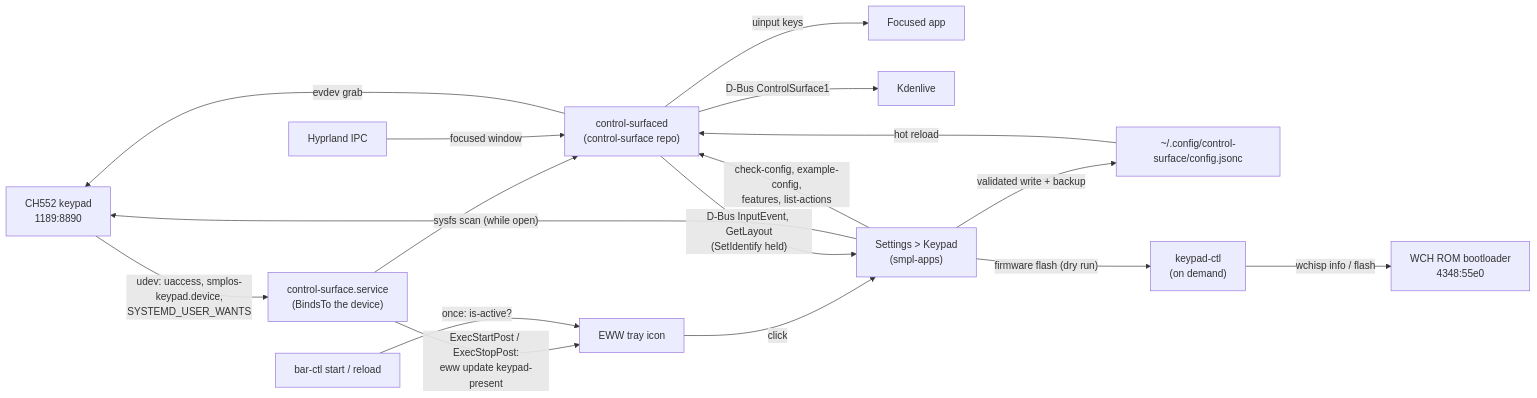
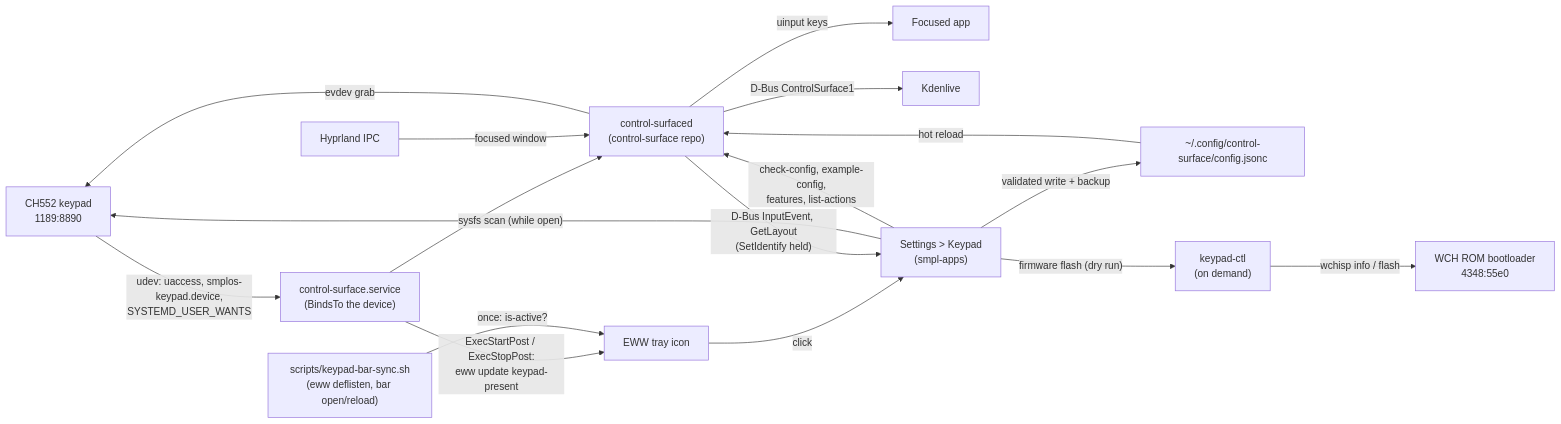
One commit to smpl-os/smplos changed the first of 2 diagrams in KEYPAD.md. Above: the diagram before and after it, drawn with Mermaid. The commit also changed other lines of this file and 11 other files, not shown here.

First line of the commit message:
feat(keypad): one registry of supported keypads; one-shot bar sync

````diff
--- a/KEYPAD.md
+++ b/KEYPAD.md
@@ -53,19 +75,19 @@
 ```mermaid
 flowchart LR
   pad["CH552 keypad\n1189:8890"] -- "udev: uaccess, smplos-keypad.device,\nSYSTEMD_USER_WANTS" --> unit["control-surface.service\n(BindsTo the device)"]
   unit --> daemon["control-surfaced\n(control-surface repo)"]
   unit -- "ExecStartPost / ExecStopPost:\neww update keypad-present" --> eww["EWW tray icon"]
-  barctl["bar-ctl start / reload"] -- "once: is-active?" --> eww
+  sync["scripts/keypad-bar-sync.sh\n(eww deflisten, bar open/reload)"] -- "once: is-active?" --> eww
   daemon -- "evdev grab" --> pad
   daemon -- "uinput keys" --> desktop[Focused app]
   daemon -- "D-Bus ControlSurface1" --> kdenlive[Kdenlive]
   hypr[Hyprland IPC] -- focused window --> daemon
   cfg["~/.config/control-surface/config.jsonc"] -- hot reload --> daemon
   eww -- click --> settings["Settings > Keypad\n(smpl-apps)"]
   settings -- "sysfs scan (while open)" --> pad
   settings -- "check-config, example-config,\nfeatures, list-actions" --> daemon
   daemon -- "D-Bus InputEvent, GetLayout\n(SetIdentify held)" --> settings
   settings -- "validated write + backup" --> cfg
   settings -- "firmware flash (dry run)" --> ctl["keypad-ctl\n(on demand)"]
   ctl -- "wchisp info / flash" --> loader["WCH ROM bootloader\n4348:55e0"]
 ```
````
